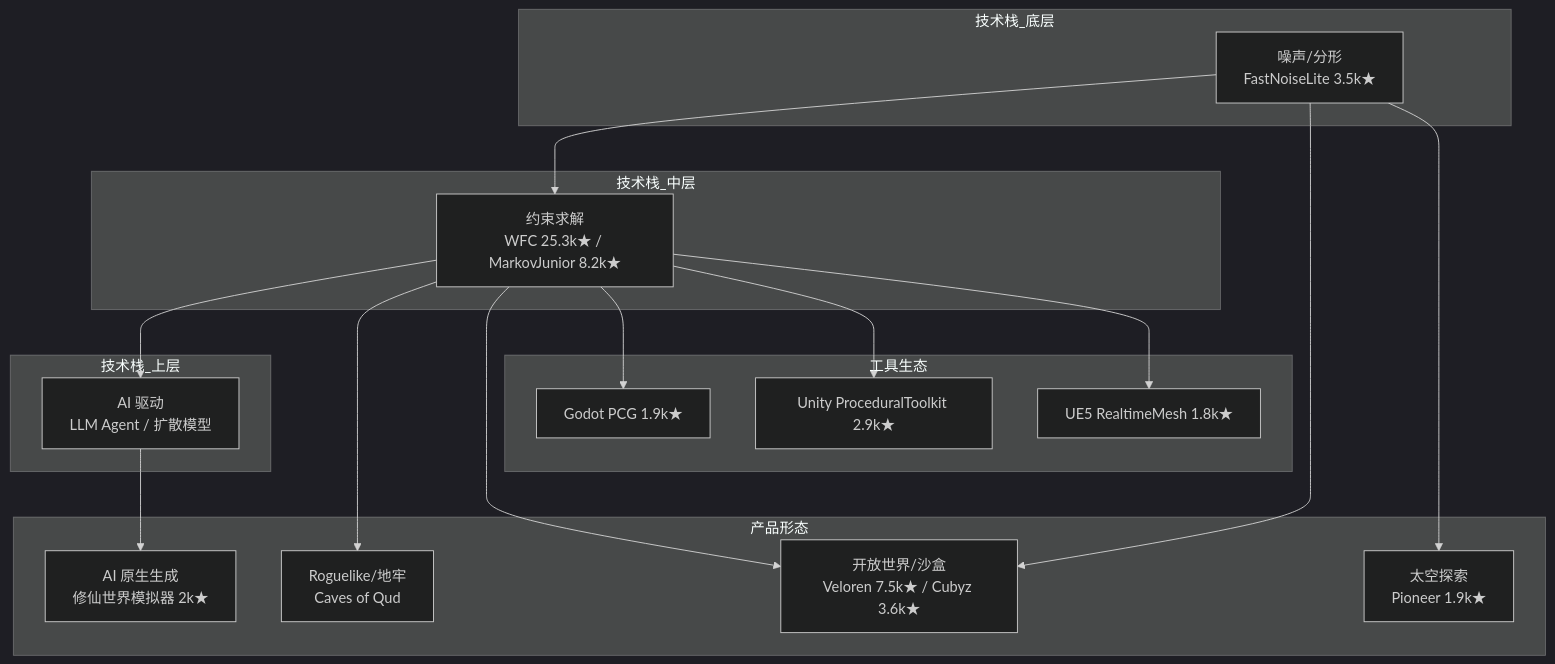
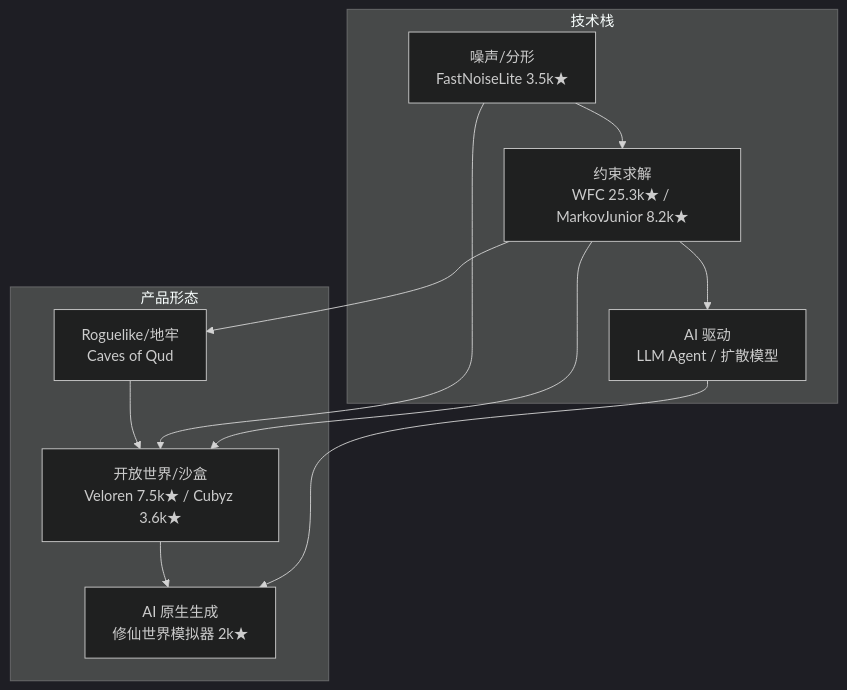
One commit to derekhu0002/deepresearch changed the diagram in docs/insights/自由生成游戏-程序化内容生成-洞察.md. Above: the diagram before and after it, drawn with Mermaid (dark theme). The commit also changed other lines of this file and 2 other files, not shown here.

````diff
--- a/docs/insights/自由生成游戏-程序化内容生成-洞察.md
+++ b/docs/insights/自由生成游戏-程序化内容生成-洞察.md
@@ -157,35 +118,15 @@
 ```mermaid
 graph TD
-    subgraph 技术栈_底层
-        A1[噪声/分形<br/>FastNoiseLite 3.5k★]
+    subgraph 技术栈
+        A1[噪声/分形<br/>FastNoiseLite 3.5k★] --> A2[约束求解<br/>WFC 25.3k★ / MarkovJunior 8.2k★]
+        A2 --> A3[AI 驱动<br/>LLM Agent / 扩散模型]
     end
-    subgraph 技术栈_中层
-        A2[约束求解<br/>WFC 25.3k★ / MarkovJunior 8.2k★]
+    subgraph 产品形态
+        C1[Roguelike/地牢<br/>Caves of Qud] --> C2[开放世界/沙盒<br/>Veloren 7.5k★ / Cubyz 3.6k★]
+        C2 --> C3[AI 原生生成<br/>修仙世界模拟器 2k★]
     end
-    subgraph 技术栈_上层
-        A3[AI 驱动<br/>LLM Agent / 扩散模型]
-    end
-
-    subgraph 产品形态
-        C1[Roguelike/地牢<br/>Caves of Qud]
-        C2[开放世界/沙盒<br/>Veloren 7.5k★ / Cubyz 3.6k★]
-        C3[AI 原生生成<br/>修仙世界模拟器 2k★]
-        C4[太空探索<br/>Pioneer 1.9k★]
-    end
-
-    subgraph 工具生态
-        D1[Godot PCG 1.9k★]
-        D2[Unity ProceduralToolkit 2.9k★]
-        D3[UE5 RealtimeMesh 1.8k★]
-    end
-
-    A1 --> A2 --> A3
     A1 --> C2
     A2 --> C1
     A2 --> C2
     A3 --> C3
-    A1 --> C4
-    A2 --> D1
-    A2 --> D2
-    A2 --> D3
 ```
````
